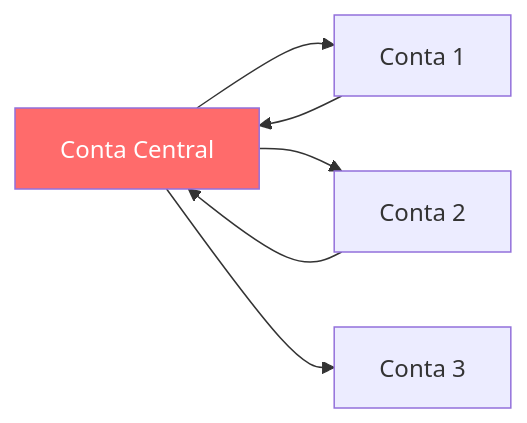
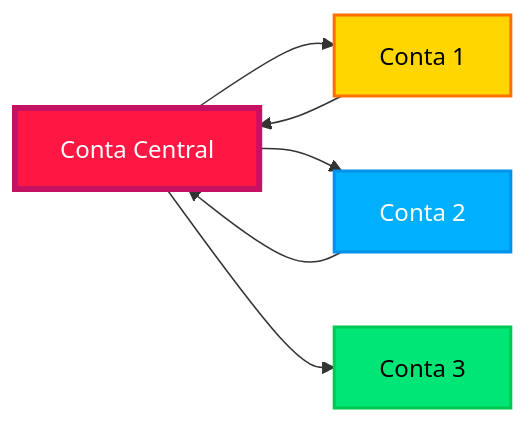
The seventh of 14 diagrams in README.md (gregorizeidler/aml-graphs-detection-system), drawn with Mermaid before and after one commit. The commit also changed other lines of this file, not shown here.

````diff
--- a/README.md
+++ b/README.md
@@ -244,10 +246,13 @@
 ```mermaid
 graph LR
     A[Conta Central] --> B[Conta 1]
     A --> C[Conta 2]
     A --> D[Conta 3]
     B --> A
     C --> A
     
-    style A fill:#ff6b6b,color:#fff
+    style A fill:#FF1744,stroke:#C51162,stroke-width:4px,color:#fff
+    style B fill:#FFD600,stroke:#FF6F00,stroke-width:2px,color:#000
+    style C fill:#00B0FF,stroke:#0091EA,stroke-width:2px,color:#fff
+    style D fill:#00E676,stroke:#00C853,stroke-width:2px,color:#000
 ```
````
